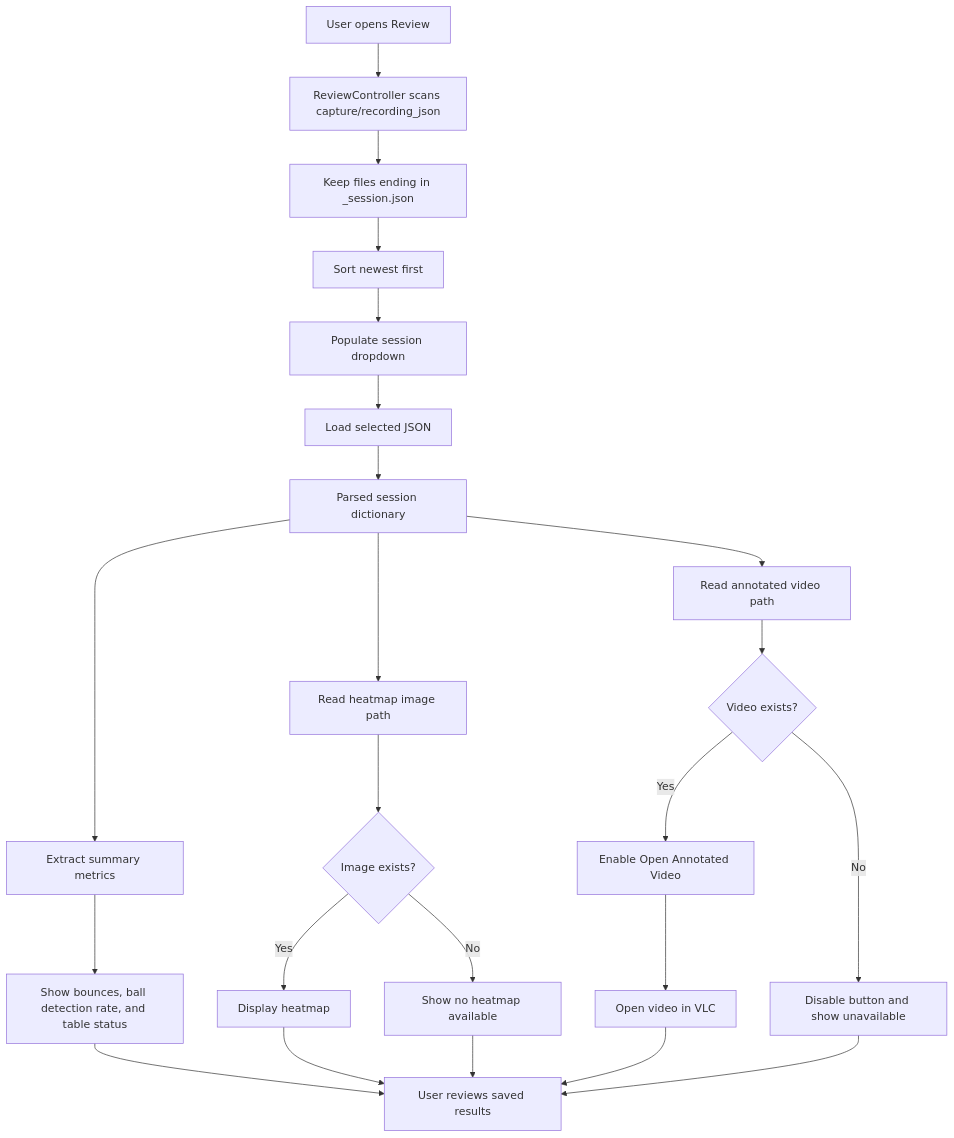
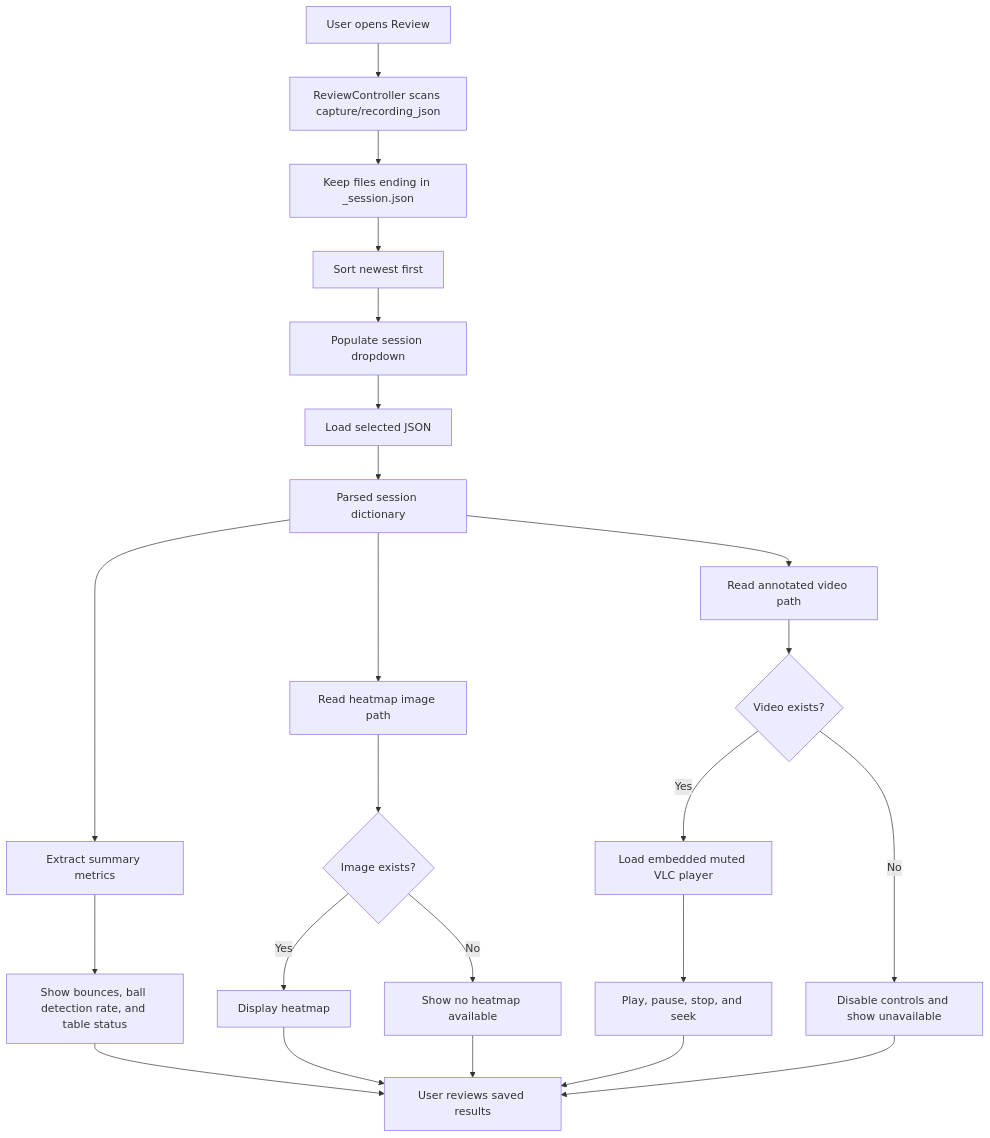
Before and after one commit to CoulterRolph/Capstone_Opencv: the diagram in jetson/docs/review_workflow.md, drawn with Mermaid. The commit also changed other lines of this file and 27 other files, not shown here.

````diff
--- a/jetson/docs/review_workflow.md
+++ b/jetson/docs/review_workflow.md
@@ -32,28 +33,28 @@
 ```mermaid
 flowchart TD
     Open[User opens Review] --> Scan[ReviewController scans capture/recording_json]
     Scan --> Filter[Keep files ending in _session.json]
     Filter --> Sort[Sort newest first]
     Sort --> Dropdown[Populate session dropdown]
     Dropdown --> Select[Load selected JSON]
 
     Select --> SessionData[Parsed session dictionary]
     SessionData --> Metrics[Extract summary metrics]
     SessionData --> HeatmapPath[Read heatmap image path]
     SessionData --> VideoPath[Read annotated video path]
 
     Metrics --> Boxes[Show bounces, ball detection rate, and table status]
     HeatmapPath --> Exists{Image exists?}
     Exists -->|Yes| Preview[Display heatmap]
     Exists -->|No| Missing[Show no heatmap available]
     VideoPath --> VideoExists{Video exists?}
-    VideoExists -->|Yes| OpenButton[Enable Open Annotated Video]
-    VideoExists -->|No| VideoMissing[Disable button and show unavailable]
-    OpenButton --> VLC[Open video in VLC]
+    VideoExists -->|Yes| LoadPlayer[Load embedded muted VLC player]
+    VideoExists -->|No| VideoMissing[Disable controls and show unavailable]
+    LoadPlayer --> Controls[Play, pause, stop, and seek]
 
     Boxes --> User[User reviews saved results]
     Preview --> User
     Missing --> User
-    VLC --> User
+    Controls --> User
     VideoMissing --> User
 ```
````
